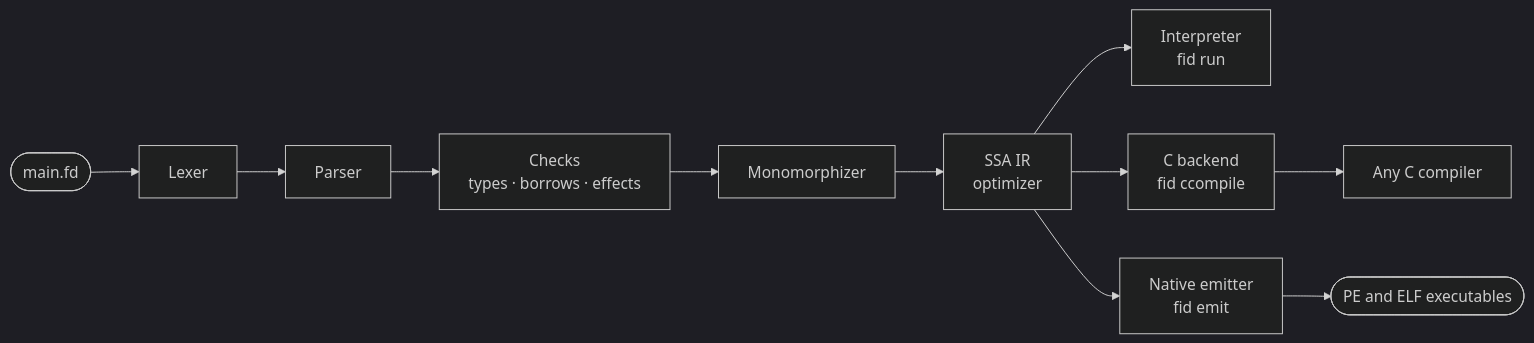
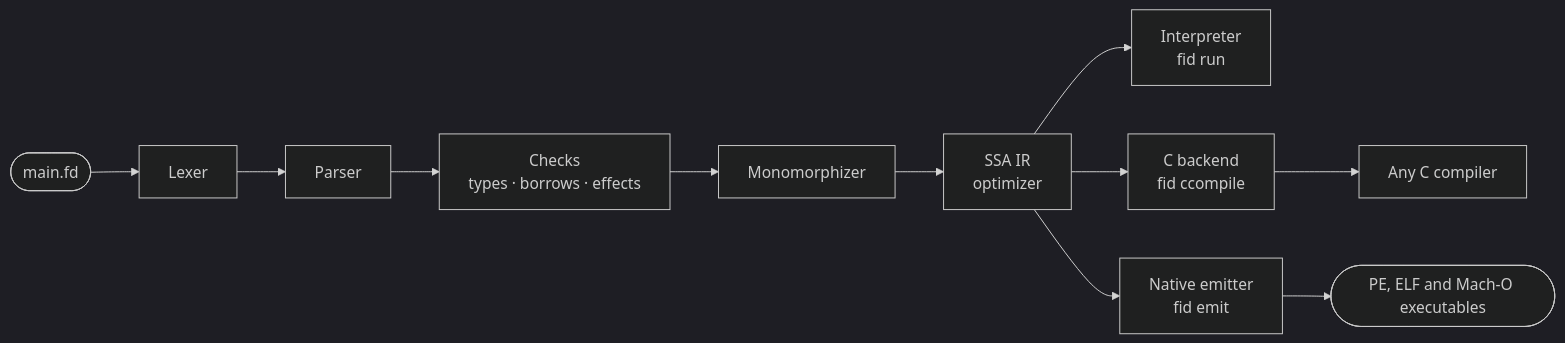
Before and after one commit to pledgeandgrow/fid: the diagram in README.md, drawn with Mermaid (dark theme). The commit also changed other lines of this file and 1 other file, not shown here.

````diff
--- a/README.md
+++ b/README.md
@@ -204,10 +208,10 @@
 ```mermaid
 flowchart LR
     S([main.fd]) --> L[Lexer] --> P[Parser] --> C[Checks<br/>types · borrows · effects]
     C --> M[Monomorphizer] --> IR[SSA IR<br/>optimizer]
     IR --> I[Interpreter<br/>fid run]
     IR --> CB[C backend<br/>fid ccompile]
     IR --> N[Native emitter<br/>fid emit]
     CB --> CC[Any C compiler]
-    N --> EXE([PE and ELF executables])
+    N --> EXE([PE, ELF and Mach-O executables])
 ```
````
